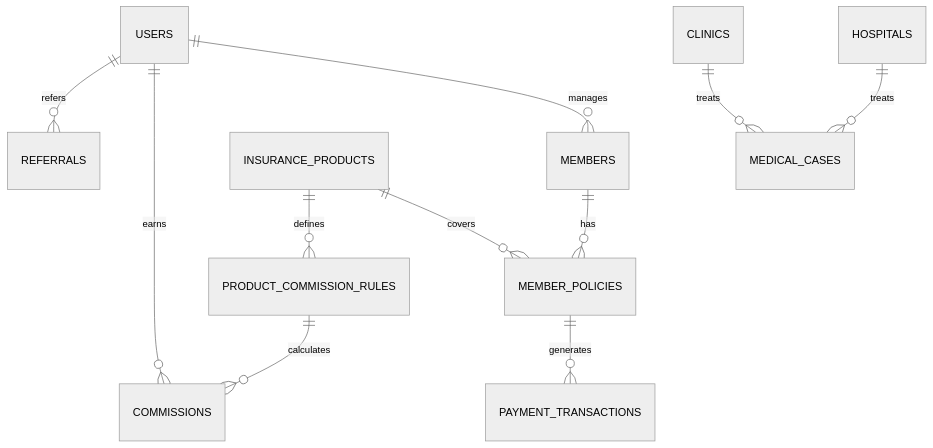
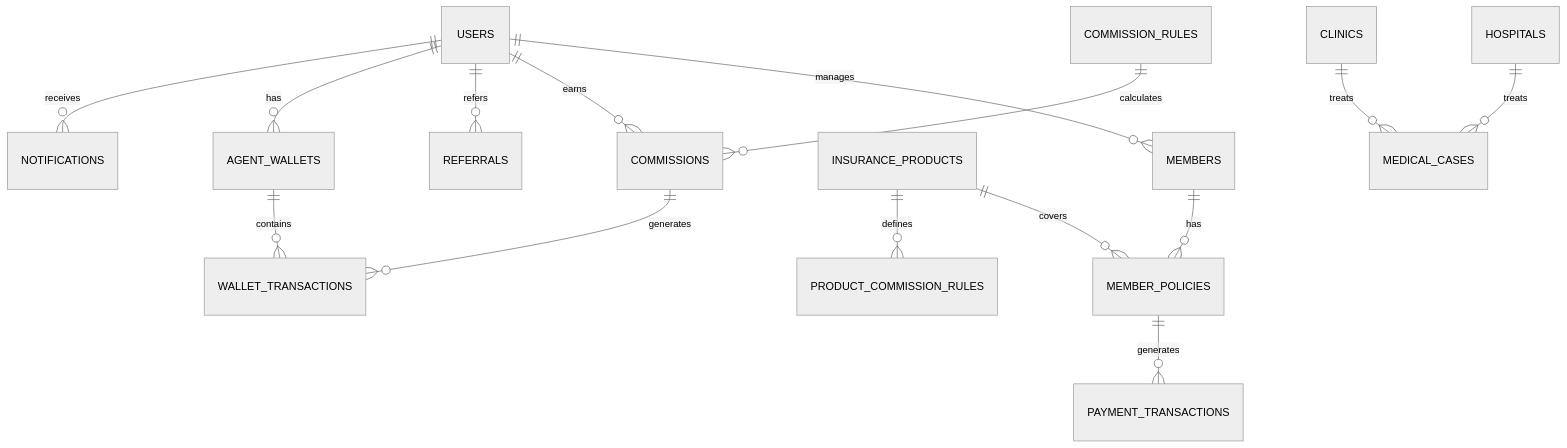
Before and after one commit to FaizGusion00/kh_holdings_insurance_agent: the diagram in README.md, drawn with Mermaid (neutral theme). The commit also changed other lines of this file and 37 other files, not shown here.

````diff
--- a/README.md
+++ b/README.md
@@ -205,13 +533,17 @@
 ```mermaid
 erDiagram
     USERS ||--o{ MEMBERS : manages
     USERS ||--o{ COMMISSIONS : earns
     USERS ||--o{ REFERRALS : refers
+    USERS ||--o{ AGENT_WALLETS : has
     MEMBERS ||--o{ MEMBER_POLICIES : has
     MEMBER_POLICIES ||--o{ PAYMENT_TRANSACTIONS : generates
     INSURANCE_PRODUCTS ||--o{ MEMBER_POLICIES : covers
     INSURANCE_PRODUCTS ||--o{ PRODUCT_COMMISSION_RULES : defines
-    PRODUCT_COMMISSION_RULES ||--o{ COMMISSIONS : calculates
+    COMMISSION_RULES ||--o{ COMMISSIONS : calculates
+    COMMISSIONS ||--o{ WALLET_TRANSACTIONS : generates
+    AGENT_WALLETS ||--o{ WALLET_TRANSACTIONS : contains
+    USERS ||--o{ NOTIFICATIONS : receives
     HOSPITALS ||--o{ MEDICAL_CASES : treats
     CLINICS ||--o{ MEDICAL_CASES : treats
 ```
````
